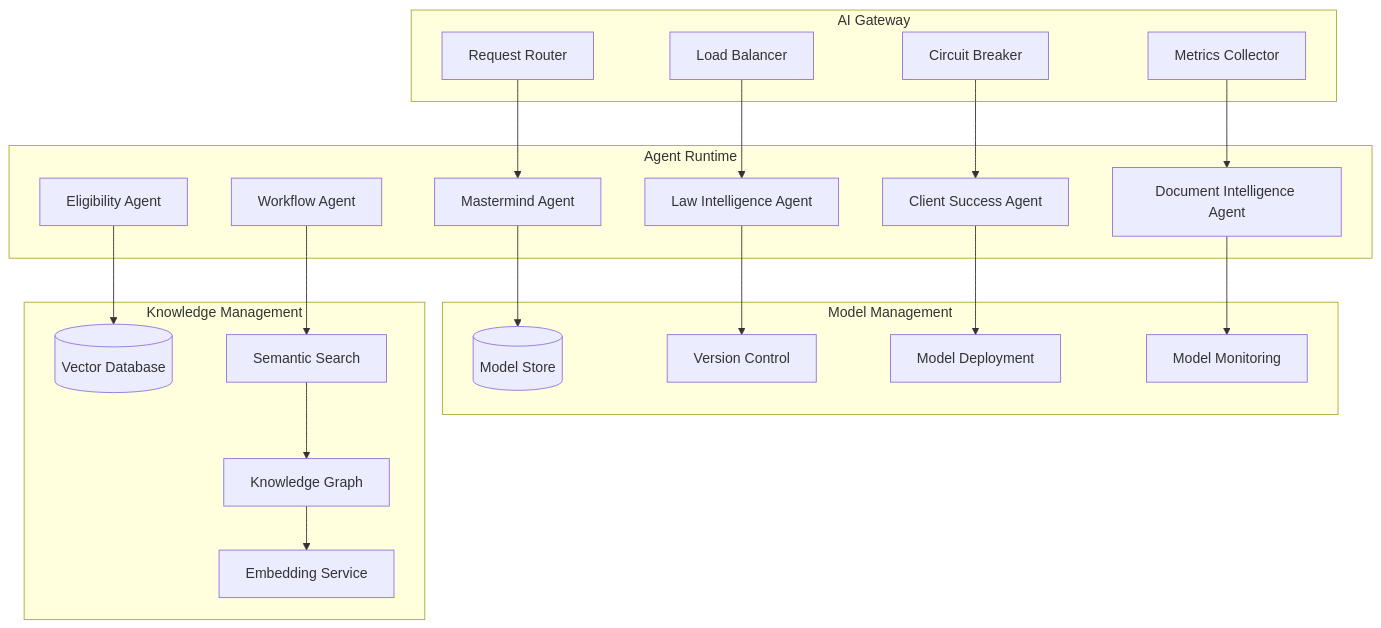
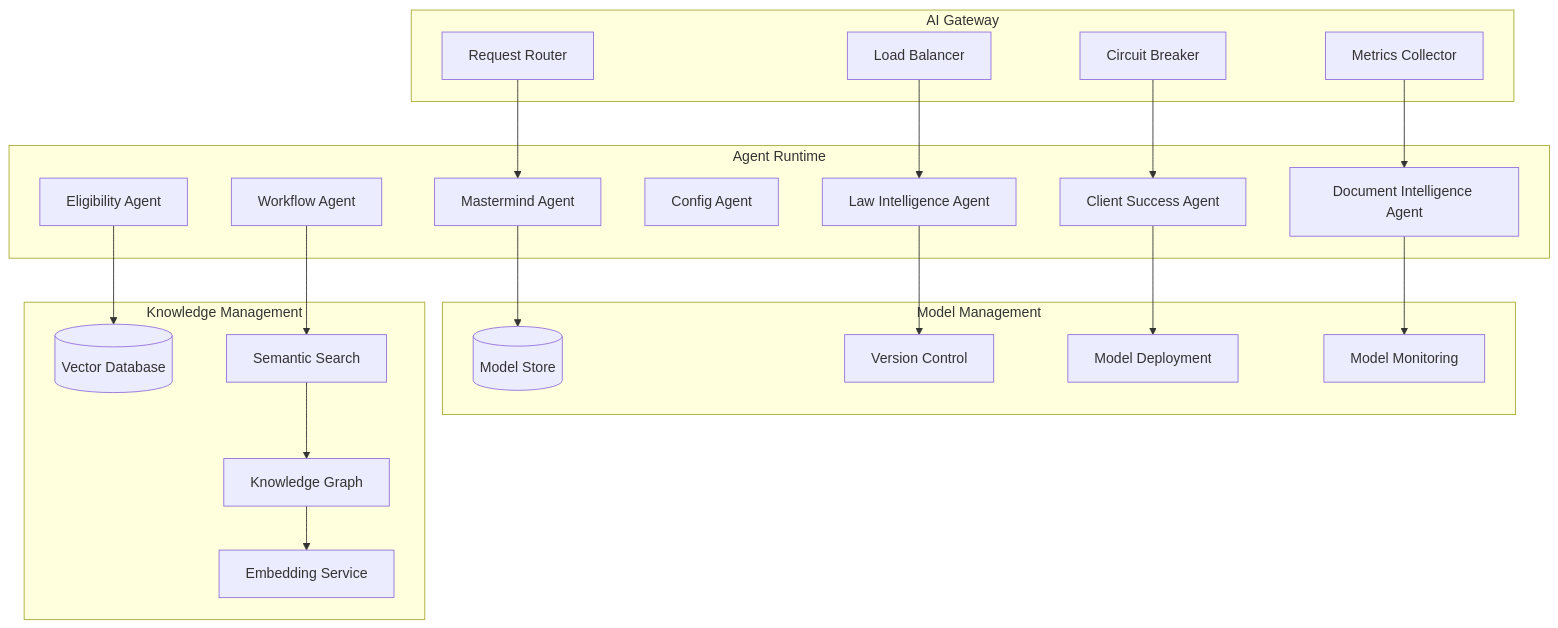
The fifth of 13 diagrams in docs/architecture/system_architecture.md (ranjan-expatready/Neuron), drawn with Mermaid before and after one commit. The commit also changed 3 other files, not shown here.

First line of the commit message:
Integrate Config Agent into system architecture

````diff
--- a/docs/architecture/system_architecture.md
+++ b/docs/architecture/system_architecture.md
@@ -354,47 +354,48 @@
 ```mermaid
 graph TB
     subgraph "AI Gateway"
         ROUTER[Request Router]
         LOAD_BALANCER[Load Balancer]
         CIRCUIT_BREAKER[Circuit Breaker]
         METRICS[Metrics Collector]
     end
     
     subgraph "Agent Runtime"
         MASTERMIND[Mastermind Agent]
         LAW_INTEL[Law Intelligence Agent]
         CLIENT_SUCCESS[Client Success Agent]
+        CONFIG_AGENT[Config Agent]
         DOC_INTEL[Document Intelligence Agent]
         ELIGIBILITY[Eligibility Agent]
         WORKFLOW[Workflow Agent]
     end
     
     subgraph "Model Management"
         MODEL_STORE[(Model Store)]
         VERSION_CTRL[Version Control]
         DEPLOYMENT[Model Deployment]
         MONITORING[Model Monitoring]
     end
     
     subgraph "Knowledge Management"
         VECTOR_DB[(Vector Database)]
         SEMANTIC_SEARCH[Semantic Search]
         KNOWLEDGE_GRAPH[Knowledge Graph]
         EMBEDDING[Embedding Service]
     end
     
     ROUTER --> MASTERMIND
     LOAD_BALANCER --> LAW_INTEL
     CIRCUIT_BREAKER --> CLIENT_SUCCESS
     METRICS --> DOC_INTEL
     
     MASTERMIND --> MODEL_STORE
     LAW_INTEL --> VERSION_CTRL
     CLIENT_SUCCESS --> DEPLOYMENT
     DOC_INTEL --> MONITORING
     
     ELIGIBILITY --> VECTOR_DB
     WORKFLOW --> SEMANTIC_SEARCH
     SEMANTIC_SEARCH --> KNOWLEDGE_GRAPH
     KNOWLEDGE_GRAPH --> EMBEDDING
 ```
````
